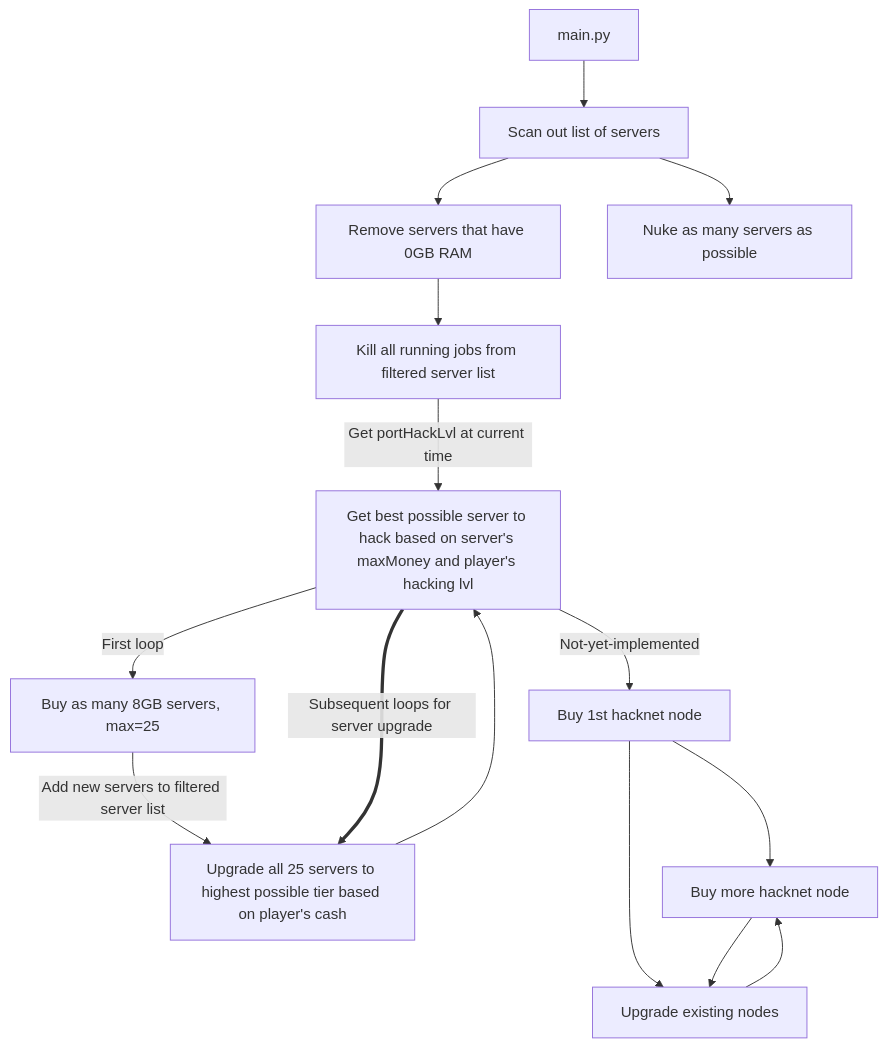
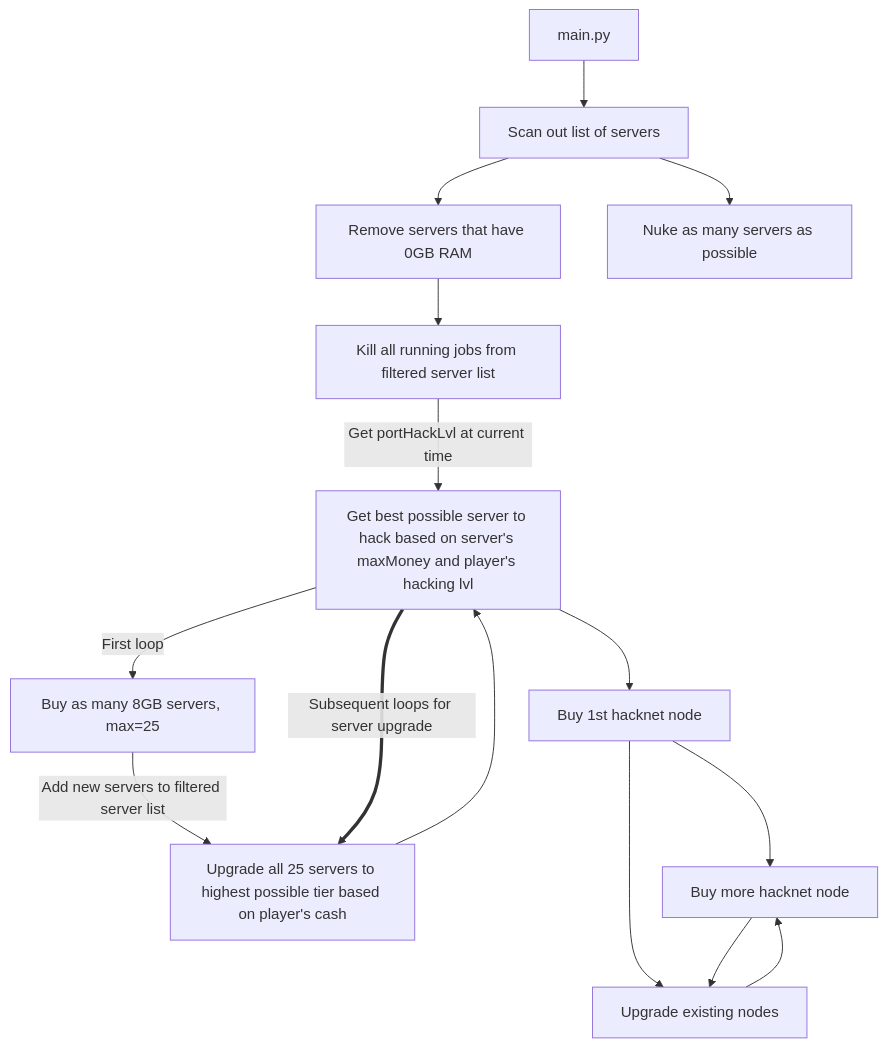
Before and after one commit to chuanseng-ng/BitBurner-Scripts: the diagram in src/README_ts.md, drawn with Mermaid.

````diff
--- a/src/README_ts.md
+++ b/src/README_ts.md
@@ -13,17 +13,17 @@
 ``` mermaid
 graph TD;
     A[main.py] --> B[Scan out list of servers];
     B --> C[Remove servers that have 0GB RAM];
     B --> D[Nuke as many servers as possible];
     C --> E[Kill all running jobs from filtered server list];
     E --> |Get portHackLvl at current time| F[Get best possible server to hack based on server's maxMoney and player's hacking lvl];
     F --> |First loop| G[Buy as many 8GB servers, max=25]
     G --> |Add new servers to filtered server list| H[Upgrade all 25 servers to highest possible tier based on player's cash]
     H --> F
     F ==> |Subsequent loops for server upgrade| H
-    F --> |Not-yet-implemented| I[Buy 1st hacknet node]
+    F --> I[Buy 1st hacknet node]
     I --> J[Buy more hacknet node]
     I --> K[Upgrade existing nodes]
     J --> K
     K --> J
 ```
````
